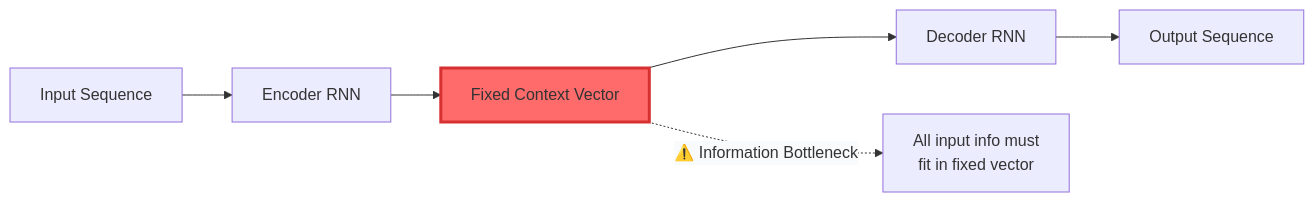
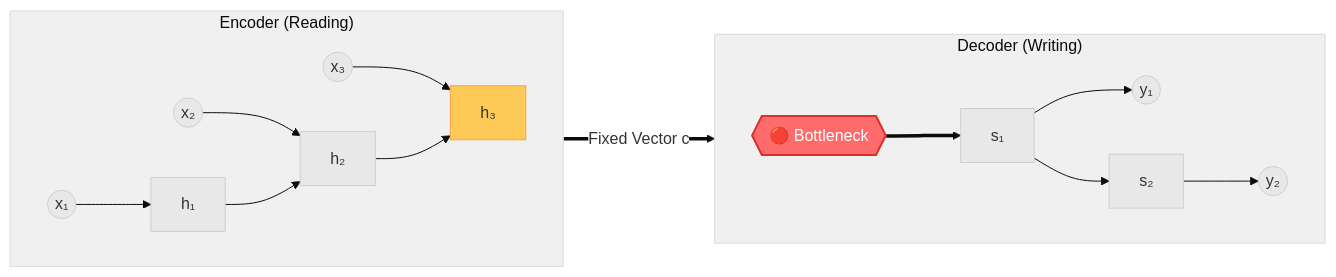
One commit to SanjoyPator1/WebDevLearning changed the first of 11 diagrams in S02- Natural Language Processing Specialization/C4 - Natural Language Processing with Attention Models/notes/c04-w01-02-attention.md. Above: the diagram before and after it, drawn with Mermaid. The commit also changed other lines of this file and 4 other files, not shown here.

````diff
--- a/S02- Natural Language Processing Specialization/C4 - Natural Language Processing with Attention Models/notes/c04-w01-02-attention.md
+++ b/S02- Natural Language Processing Specialization/C4 - Natural Language Processing with Attention Models/notes/c04-w01-02-attention.md
@@ -51,11 +76,26 @@
 ```mermaid
-%%{init: {"theme": "default", "themeVariables": {"primaryColor": "#1f2937", "edgeLabelBackground":"#f9fafb", "primaryTextColor":"#000000"}}}%%
+%%{init: {"theme": "base", "themeVariables": {"primaryColor": "#e8e8e8", "edgeLabelBackground":"#fff", "clusterBkg": "#f0f0f0"}}}%%
 graph LR
-    A[Input Sequence] --> B[Encoder RNN]
-    B --> C[Fixed Context Vector]
-    C --> D[Decoder RNN]
-    D --> E[Output Sequence]
+    subgraph Encoder ["Encoder (Reading)"]
+        direction LR
+        x1(("x₁")) --> h1[h₁]
+        x2(("x₂")) --> h2[h₂]
+        x3(("x₃")) --> h3[h₃]
+        h1 --> h2
+        h2 --> h3
+    end
 
-    style C fill:#ff6b6b,stroke:#d63031,stroke-width:3px
-    C -.->|"⚠️ Information Bottleneck"| F[All input info must<br/>fit in fixed vector]
+    h3 ==>|Fixed Vector c| Bottleneck{{"🔴 Bottleneck"}}
+
+    subgraph Decoder ["Decoder (Writing)"]
+        direction LR
+        Bottleneck ==> s1[s₁]
+        s1 --> y1(("y₁"))
+        s1 --> s2[s₂]
+        s2 --> y2(("y₂"))
+    end
+
+    style Bottleneck fill:#ff6b6b,stroke:#d63031,stroke-width:2px,color:white
+    style h3 fill:#feca57,stroke:#ff9f43
+
 ```
````
